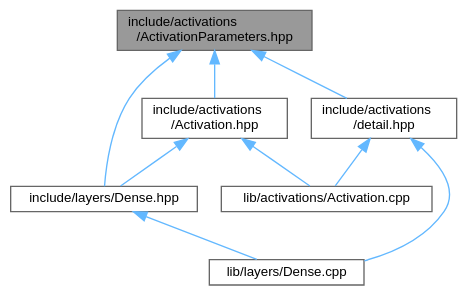
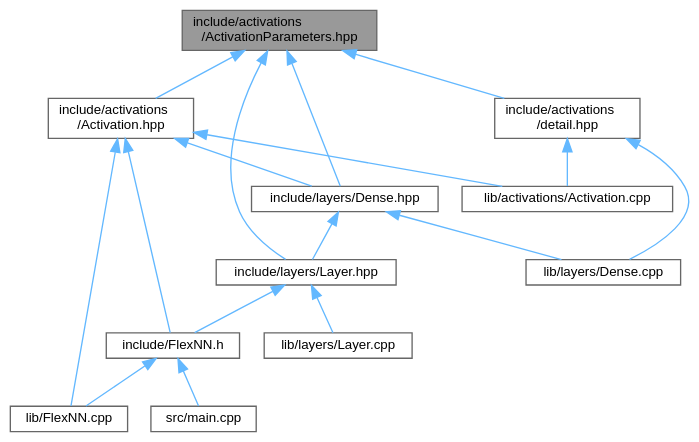
Before and after one commit to Nalin-Angrish/FlexNN: the diagram in ActivationParameters_8hpp__dep__incl.dot, drawn with Graphviz. The commit also changed 85 other files, not shown here.

```diff
--- a/ActivationParameters_8hpp__dep__incl.dot
+++ b/ActivationParameters_8hpp__dep__incl.dot
@@ -1,21 +1,34 @@
 digraph "include/activations/ActivationParameters.hpp"
 {
  // LATEX_PDF_SIZE
   bgcolor="transparent";
   edge [fontname=Helvetica,fontsize=10,labelfontname=Helvetica,labelfontsize=10];
   node [fontname=Helvetica,fontsize=10,shape=box,height=0.2,width=0.4];
   Node1 [id="Node000001",label="include/activations\l/ActivationParameters.hpp",height=0.2,width=0.4,color="gray40", fillcolor="grey60", style="filled", fontcolor="black",tooltip="Per-activation hyperparameters for FlexNN::Activations."];
   Node1 -> Node2 [id="edge1_Node000001_Node000002",dir="back",color="steelblue1",style="solid",tooltip=" "];
   Node2 [id="Node000002",label="include/activations\l/Activation.hpp",height=0.2,width=0.4,color="grey40", fillcolor="white", style="filled",URL="$Activation_8hpp.html",tooltip="Public activation enum and helpers for FlexNN."];
   Node2 -> Node3 [id="edge2_Node000002_Node000003",dir="back",color="steelblue1",style="solid",tooltip=" "];
-  Node3 [id="Node000003",label="include/layers/Dense.hpp",height=0.2,width=0.4,color="grey40", fillcolor="white", style="filled",URL="$Dense_8hpp.html",tooltip="Dense (fully-connected) layer for FlexNN::Layers."];
+  Node3 [id="Node000003",label="include/FlexNN.h",height=0.2,width=0.4,color="grey40", fillcolor="white", style="filled",URL="$FlexNN_8h.html",tooltip="Header for FlexNN neural network (heterogeneous stack via Layers::Layer)."];
   Node3 -> Node4 [id="edge3_Node000003_Node000004",dir="back",color="steelblue1",style="solid",tooltip=" "];
-  Node4 [id="Node000004",label="lib/layers/Dense.cpp",height=0.2,width=0.4,color="grey40", fillcolor="white", style="filled",URL="$Dense_8cpp.html",tooltip="Implements FlexNN::Layers::Dense forward/backward/update."];
-  Node2 -> Node5 [id="edge4_Node000002_Node000005",dir="back",color="steelblue1",style="solid",tooltip=" "];
-  Node5 [id="Node000005",label="lib/activations/Activation.cpp",height=0.2,width=0.4,color="grey40", fillcolor="white", style="filled",URL="$Activation_8cpp.html",tooltip="Implements FlexNN::Activations helpers (to_string, try_parse, dispatch)."];
-  Node1 -> Node6 [id="edge5_Node000001_Node000006",dir="back",color="steelblue1",style="solid",tooltip=" "];
-  Node6 [id="Node000006",label="include/activations\l/detail.hpp",height=0.2,width=0.4,color="grey40", fillcolor="white", style="filled",URL="$detail_8hpp.html",tooltip="Convenience re-export for activation detail headers."];
-  Node6 -> Node5 [id="edge6_Node000006_Node000005",dir="back",color="steelblue1",style="solid",tooltip=" "];
-  Node6 -> Node4 [id="edge7_Node000006_Node000004",dir="back",color="steelblue1",style="solid",tooltip=" "];
-  Node1 -> Node3 [id="edge8_Node000001_Node000003",dir="back",color="steelblue1",style="solid",tooltip=" "];
+  Node4 [id="Node000004",label="lib/FlexNN.cpp",height=0.2,width=0.4,color="grey40", fillcolor="white", style="filled",URL="$FlexNN_8cpp.html",tooltip="Implements FlexNN::NeuralNetwork with heterogeneous Layers::Layer variant."];
+  Node3 -> Node5 [id="edge4_Node000003_Node000005",dir="back",color="steelblue1",style="solid",tooltip=" "];
+  Node5 [id="Node000005",label="src/main.cpp",height=0.2,width=0.4,color="grey40", fillcolor="white", style="filled",URL="$main_8cpp.html",tooltip="Main file for the MNIST digit recognition example using FlexNN."];
+  Node2 -> Node6 [id="edge5_Node000002_Node000006",dir="back",color="steelblue1",style="solid",tooltip=" "];
+  Node6 [id="Node000006",label="include/layers/Dense.hpp",height=0.2,width=0.4,color="grey40", fillcolor="white", style="filled",URL="$Dense_8hpp.html",tooltip="Dense (fully-connected) layer for FlexNN::Layers."];
+  Node6 -> Node7 [id="edge6_Node000006_Node000007",dir="back",color="steelblue1",style="solid",tooltip=" "];
+  Node7 [id="Node000007",label="include/layers/Layer.hpp",height=0.2,width=0.4,color="grey40", fillcolor="white", style="filled",URL="$Layer_8hpp.html",tooltip="Type-erased wrapper for FlexNN::Layers — heterogeneous stack without inheritance."];
+  Node7 -> Node3 [id="edge7_Node000007_Node000003",dir="back",color="steelblue1",style="solid",tooltip=" "];
+  Node7 -> Node8 [id="edge8_Node000007_Node000008",dir="back",color="steelblue1",style="solid",tooltip=" "];
+  Node8 [id="Node000008",label="lib/layers/Layer.cpp",height=0.2,width=0.4,color="grey40", fillcolor="white", style="filled",URL="$layers_2Layer_8cpp.html",tooltip="Out-of-line helpers for FlexNN::Layers::Layer (currently header-only)."];
+  Node6 -> Node9 [id="edge9_Node000006_Node000009",dir="back",color="steelblue1",style="solid",tooltip=" "];
+  Node9 [id="Node000009",label="lib/layers/Dense.cpp",height=0.2,width=0.4,color="grey40", fillcolor="white", style="filled",URL="$Dense_8cpp.html",tooltip="Implements FlexNN::Layers::Dense forward/backward/update."];
+  Node2 -> Node4 [id="edge10_Node000002_Node000004",dir="back",color="steelblue1",style="solid",tooltip=" "];
+  Node2 -> Node10 [id="edge11_Node000002_Node000010",dir="back",color="steelblue1",style="solid",tooltip=" "];
+  Node10 [id="Node000010",label="lib/activations/Activation.cpp",height=0.2,width=0.4,color="grey40", fillcolor="white", style="filled",URL="$Activation_8cpp.html",tooltip="Implements FlexNN::Activations helpers (to_string, try_parse, dispatch)."];
+  Node1 -> Node11 [id="edge12_Node000001_Node000011",dir="back",color="steelblue1",style="solid",tooltip=" "];
+  Node11 [id="Node000011",label="include/activations\l/detail.hpp",height=0.2,width=0.4,color="grey40", fillcolor="white", style="filled",URL="$detail_8hpp.html",tooltip="Convenience re-export for activation detail headers."];
+  Node11 -> Node10 [id="edge13_Node000011_Node000010",dir="back",color="steelblue1",style="solid",tooltip=" "];
+  Node11 -> Node9 [id="edge14_Node000011_Node000009",dir="back",color="steelblue1",style="solid",tooltip=" "];
+  Node1 -> Node6 [id="edge15_Node000001_Node000006",dir="back",color="steelblue1",style="solid",tooltip=" "];
+  Node1 -> Node7 [id="edge16_Node000001_Node000007",dir="back",color="steelblue1",style="solid",tooltip=" "];
 }
```
